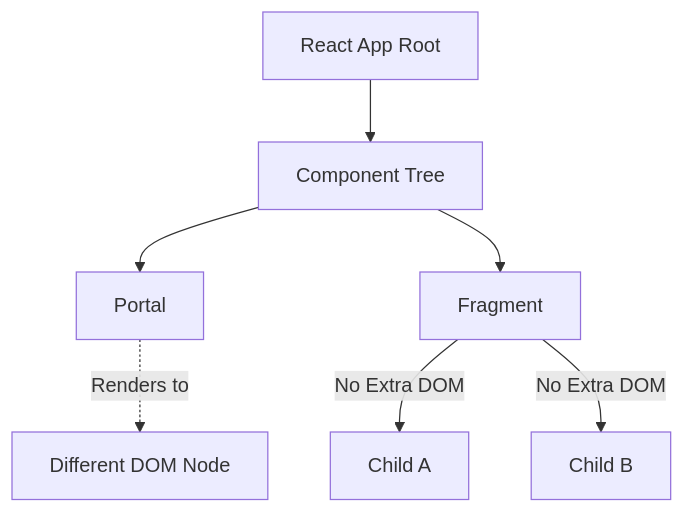
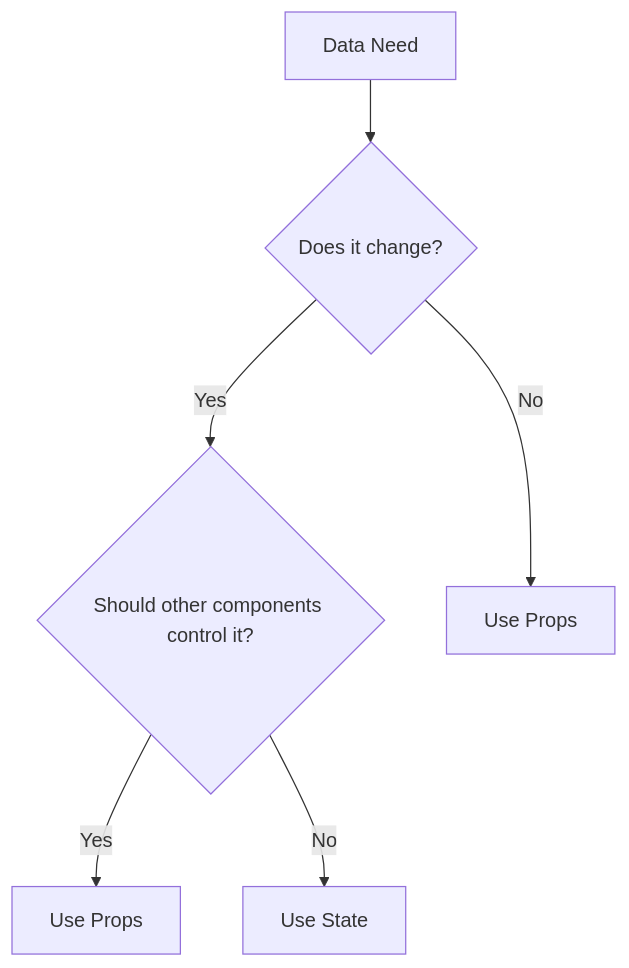
The fourth of 4 diagrams in apps/fe-docs/pages/interview/react/1-core-concepts.mdx (KRISACHAN/ying-web), drawn with Mermaid before and after one commit. The commit also changed other lines of this file and 12 other files, not shown here.

````diff
--- a/apps/fe-docs/pages/interview/react/1-core-concepts.mdx
+++ b/apps/fe-docs/pages/interview/react/1-core-concepts.mdx
@@ -204,9 +211,8 @@
 ```mermaid
 graph TD
-    A[React App Root] --> B[Component Tree]
-    B --> C[Portal]
-    C -.->|Renders to| D[Different DOM Node]
-    B --> E[Fragment]
-    E -->|No Extra DOM| F[Child A]
-    E -->|No Extra DOM| G[Child B]
+    A[Data Need] --> B{Does it change?}
+    B -- Yes --> C{Should other components control it?}
+    B -- No --> D[Use Props]
+    C -- Yes --> E[Use Props]
+    C -- No --> F[Use State]
 ```
````
